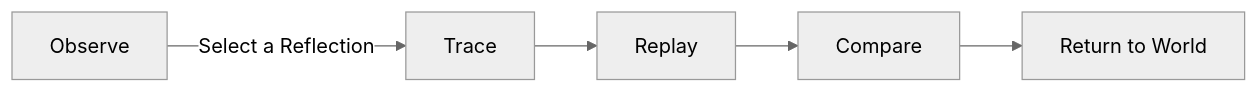
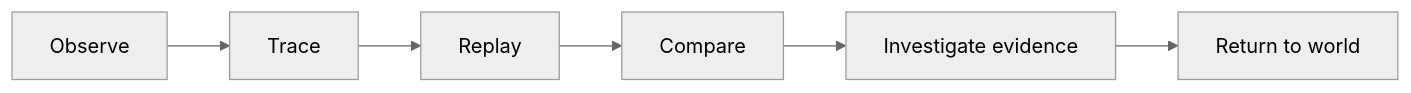
The second of 3 diagrams in README.md (moelsaka01/memoryos-specification), drawn with Mermaid (neutral theme) before and after one commit. The commit also changed other lines of this file and 15 other files, not shown here.

````diff
--- a/README.md
+++ b/README.md
@@ -57,7 +87,4 @@
-```mermaid
+~~~mermaid
 flowchart LR
-    Observe[Observe] -->|Select a Reflection| Trace[Trace]
-    Trace --> Replay[Replay]
-    Replay --> Compare[Compare]
-    Compare --> Return[Return to World]
-```
+    Observe --> Trace --> Replay --> Compare --> Investigate[Investigate evidence] --> Return[Return to world]
+~~~
````
